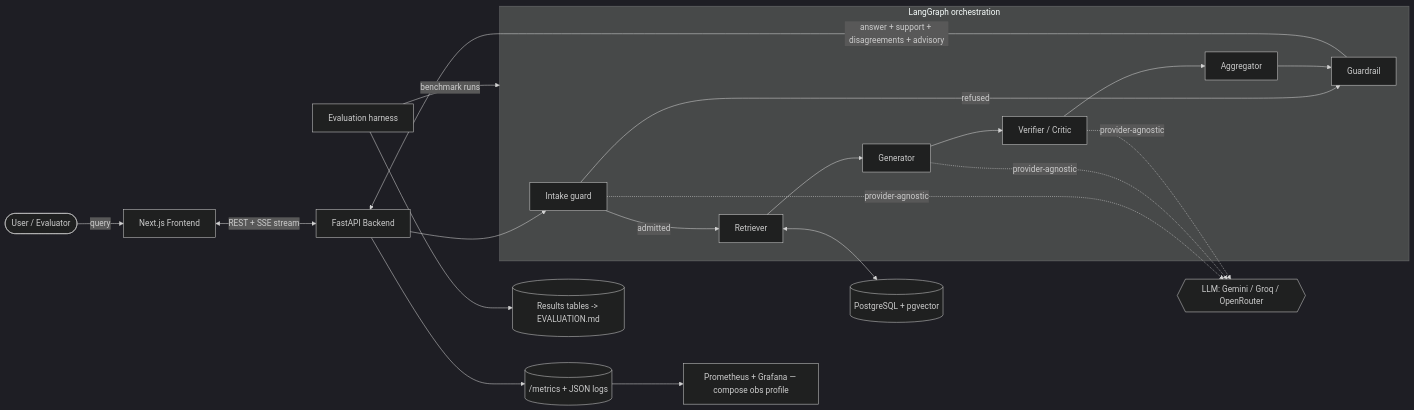
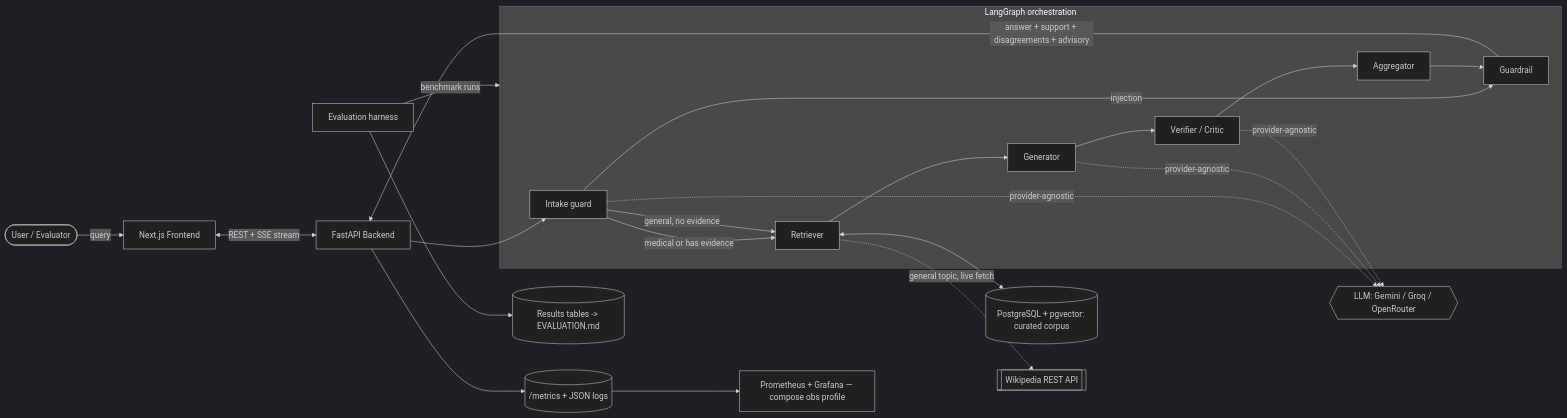
Before and after one commit to jaygautam-creator/Aletheia: the first of 2 diagrams in ARCHITECTURE.md, drawn with Mermaid (dark theme). The commit also changed other lines of this file and 14 other files, not shown here.

````diff
--- a/ARCHITECTURE.md
+++ b/ARCHITECTURE.md
@@ -27,34 +27,36 @@
 ```mermaid
 flowchart LR
     User([User / Evaluator]) -->|query| FE[Next.js Frontend]
     FE <-->|REST + SSE stream| API[FastAPI Backend]
 
     subgraph Orchestration [LangGraph orchestration]
         IN[Intake guard]
         RE[Retriever]
         GR[Generator]
         VE[Verifier / Critic]
         AG[Aggregator]
         GD[Guardrail]
     end
 
     API --> IN
-    IN -->|admitted| RE
-    IN -->|refused| GD
+    IN -->|medical or has evidence| RE
+    IN -->|general, no evidence| RE
+    IN -->|injection| GD
     RE --> GR
     GR --> VE
     VE --> AG
     AG --> GD
     GD -->|answer + support + disagreements + advisory| API
 
-    RE <--> PG[(PostgreSQL + pgvector)]
+    RE <--> PG[(PostgreSQL + pgvector: curated corpus)]
+    RE -.->|general topic, live fetch| WIKI[[Wikipedia REST API]]
     IN -. provider-agnostic .-> LLM{{LLM: Gemini / Groq / OpenRouter}}
     GR -. provider-agnostic .-> LLM
     VE -. provider-agnostic .-> LLM
 
     API --> OBS[(/metrics + JSON logs)]
     OBS --> Graf[Prometheus + Grafana — compose obs profile]
 
     Harness[Evaluation harness] -->|benchmark runs| Orchestration
     Harness --> Results[(Results tables -> EVALUATION.md)]
 ```
````
